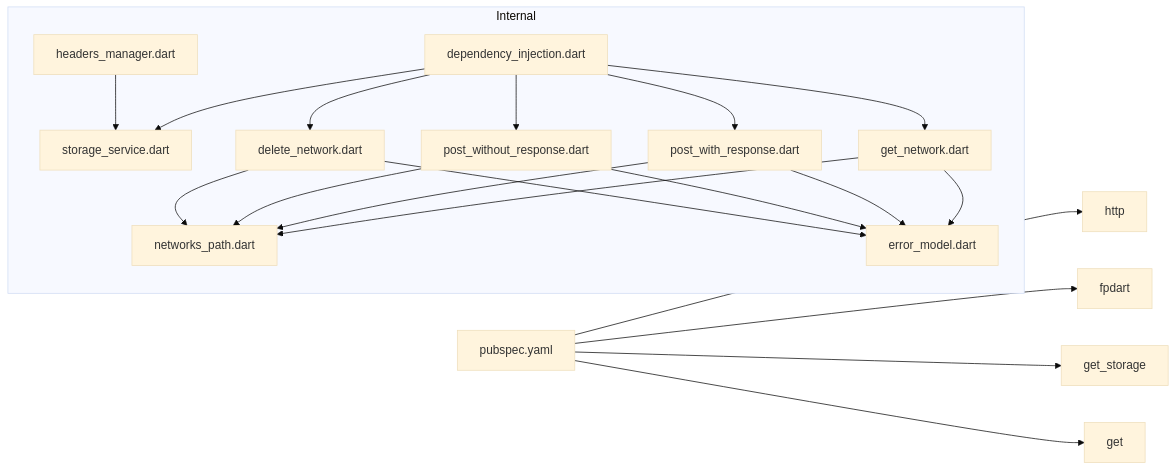
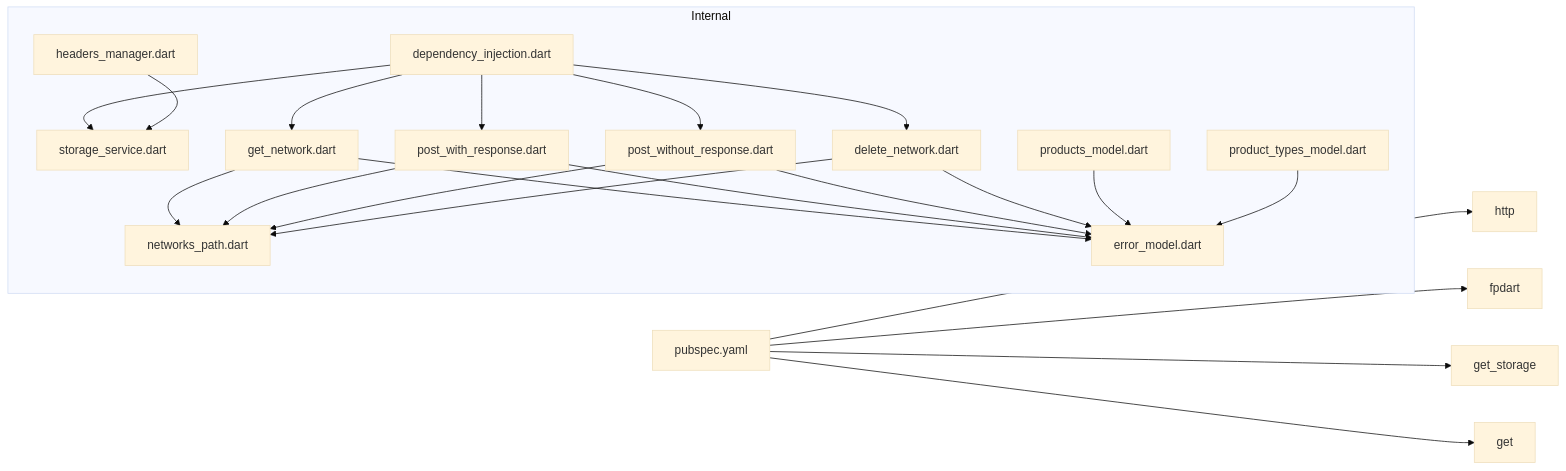
One commit to Ariful3111/FurniGo changed the tenth of 10 diagrams in .qoder/repowiki/en/content/Architecture Overview/Data Layer Architecture.md. Above: the diagram before and after it, drawn with Mermaid (base theme). The commit also changed other lines of this file and 8 other files, not shown here.

````diff
--- a/.qoder/repowiki/en/content/Architecture Overview/Data Layer Architecture.md
+++ b/.qoder/repowiki/en/content/Architecture Overview/Data Layer Architecture.md
@@ -456,32 +604,36 @@
 ```mermaid
 graph LR
 P["pubspec.yaml"] --> H["http"]
 P --> F["fpdart"]
 P --> GS["get_storage"]
 P --> G["get"]
 subgraph "Internal"
 DI["dependency_injection.dart"]
 SS["storage_service.dart"]
 HM["headers_manager.dart"]
 GN["get_network.dart"]
 PW["post_with_response.dart"]
 PWO["post_without_response.dart"]
 DN["delete_network.dart"]
 EM["error_model.dart"]
 NP["networks_path.dart"]
+PM["products_model.dart"]
+PTM["product_types_model.dart"]
 end
 DI --> SS
 DI --> GN
 DI --> PW
 DI --> PWO
 DI --> DN
 HM --> SS
 GN --> NP
 PW --> NP
 PWO --> NP
 DN --> NP
 GN --> EM
 PW --> EM
 PWO --> EM
 DN --> EM
+PM --> EM
+PTM --> EM
 ```
````
